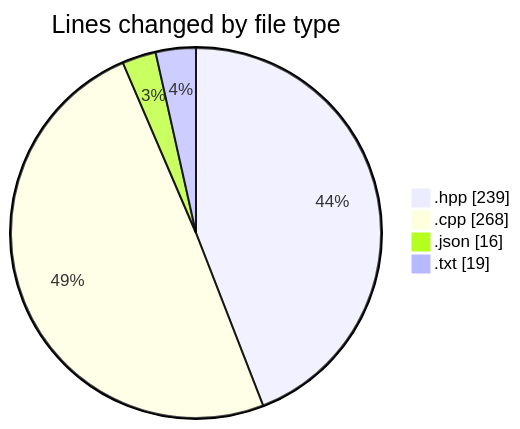
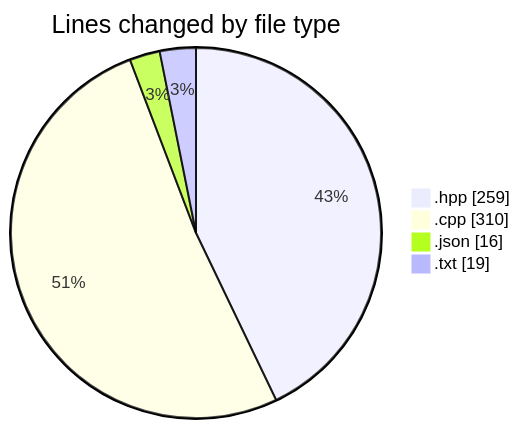
Before and after one commit to Netris89/code-tracking: the first of 2 diagrams in 2025-05-02/date/README.md, drawn with Mermaid. The commit also changed other lines of this file and 1 other file, not shown here.

````diff
--- a/2025-05-02/date/README.md
+++ b/2025-05-02/date/README.md
@@ -27,8 +29,8 @@
 ```mermaid
 pie showData
 title Lines changed by file type
-".hpp" : 239
-".cpp" : 268
+".hpp" : 259
+".cpp" : 310
 ".json" : 16
 ".txt" : 19
 ```
````
